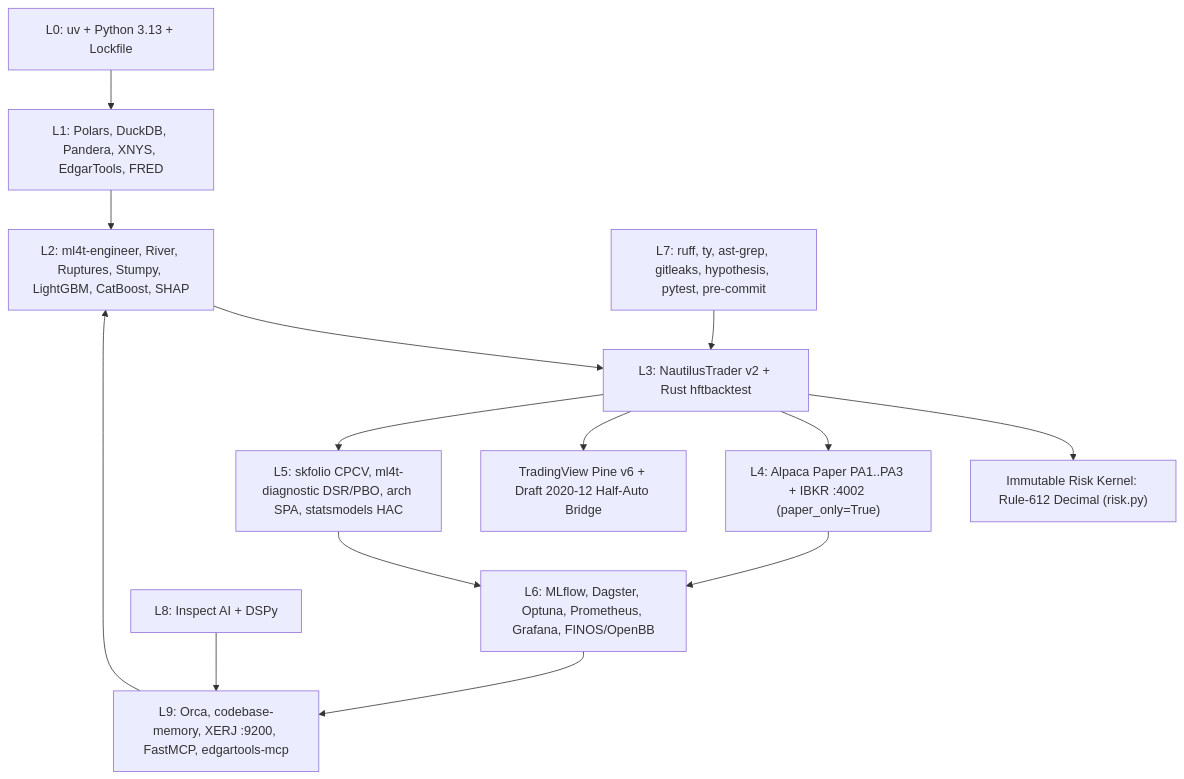
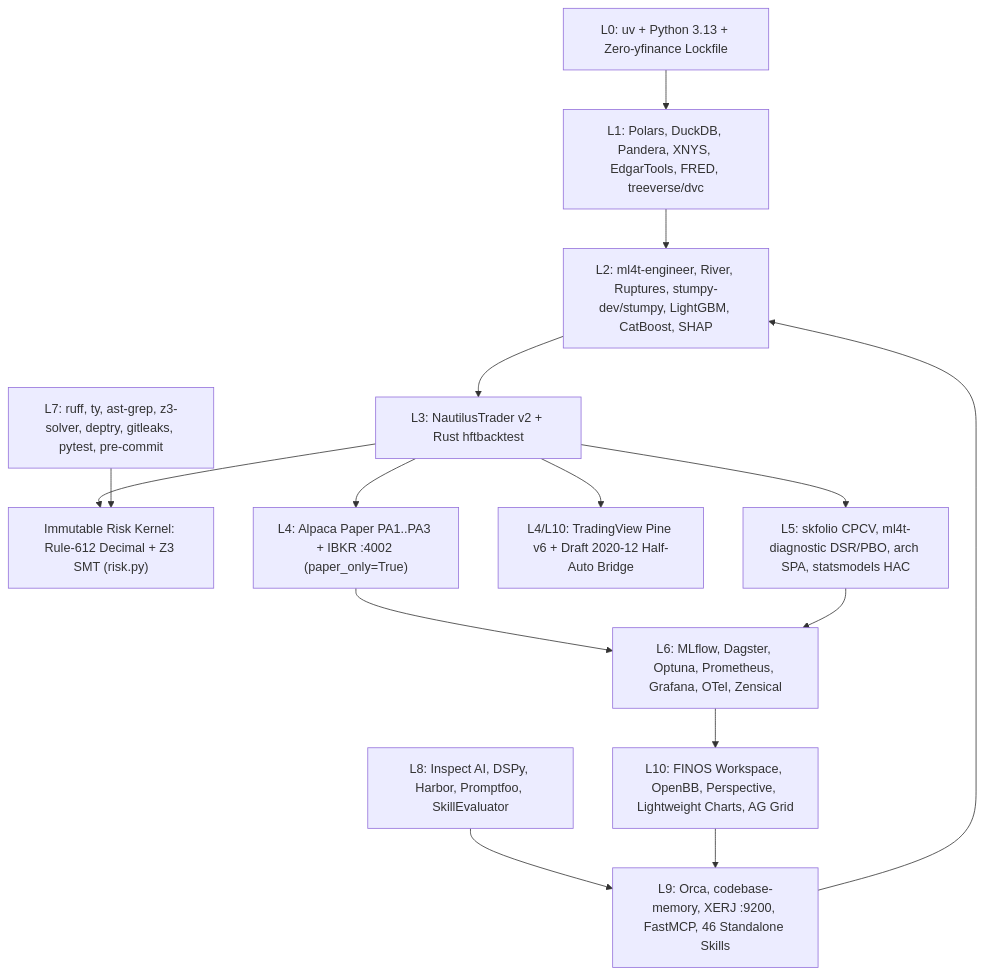
Before and after one commit to seathatflowsinourveins/noesis: the diagram in docs/ARCHITECTURE_LAYER_MANIFEST.md, drawn with Mermaid. The commit also changed other lines of this file and 449 other files, not shown here.

Commit message:
feat: standalone zero-legacy L0-L10 SOTA convergence with Z3 & Inspect AI

````diff
--- a/docs/ARCHITECTURE_LAYER_MANIFEST.md
+++ b/docs/ARCHITECTURE_LAYER_MANIFEST.md
@@ -15,16 +15,17 @@
 ```mermaid
 flowchart TD
-    L0["L0: uv + Python 3.13 + Lockfile"] --> L1["L1: Polars, DuckDB, Pandera, XNYS, EdgarTools, FRED"]
-    L1 --> L2["L2: ml4t-engineer, River, Ruptures, Stumpy, LightGBM, CatBoost, SHAP"]
+    L0["L0: uv + Python 3.13 + Zero-yfinance Lockfile"] --> L1["L1: Polars, DuckDB, Pandera, XNYS, EdgarTools, FRED, treeverse/dvc"]
+    L1 --> L2["L2: ml4t-engineer, River, Ruptures, stumpy-dev/stumpy, LightGBM, CatBoost, SHAP"]
     L2 --> L3["L3: NautilusTrader v2 + Rust hftbacktest"]
-    L3 --> RSK["Immutable Risk Kernel: Rule-612 Decimal (risk.py)"]
+    L3 --> RSK["Immutable Risk Kernel: Rule-612 Decimal + Z3 SMT (risk.py)"]
     L3 --> L4["L4: Alpaca Paper PA1..PA3 + IBKR :4002 (paper_only=True)"]
-    L3 --> TV["TradingView Pine v6 + Draft 2020-12 Half-Auto Bridge"]
+    L3 --> TV["L4/L10: TradingView Pine v6 + Draft 2020-12 Half-Auto Bridge"]
     L3 --> L5["L5: skfolio CPCV, ml4t-diagnostic DSR/PBO, arch SPA, statsmodels HAC"]
-    L4 --> L6["L6: MLflow, Dagster, Optuna, Prometheus, Grafana, FINOS/OpenBB"]
+    L4 --> L6["L6: MLflow, Dagster, Optuna, Prometheus, Grafana, OTel, Zensical"]
     L5 --> L6
-    L6 --> L9["L9: Orca, codebase-memory, XERJ :9200, FastMCP, edgartools-mcp"]
-    L7["L7: ruff, ty, ast-grep, gitleaks, hypothesis, pytest, pre-commit"] --> L3
-    L8["L8: Inspect AI + DSPy"] --> L9
+    L6 --> L10["L10: FINOS Workspace, OpenBB, Perspective, Lightweight Charts, AG Grid"]
+    L7["L7: ruff, ty, ast-grep, z3-solver, deptry, gitleaks, pytest, pre-commit"] --> RSK
+    L8["L8: Inspect AI, DSPy, Harbor, Promptfoo, SkillEvaluator"] --> L9["L9: Orca, codebase-memory, XERJ :9200, FastMCP, 46 Standalone Skills"]
+    L10 --> L9
     L9 --> L2
 ```
````
